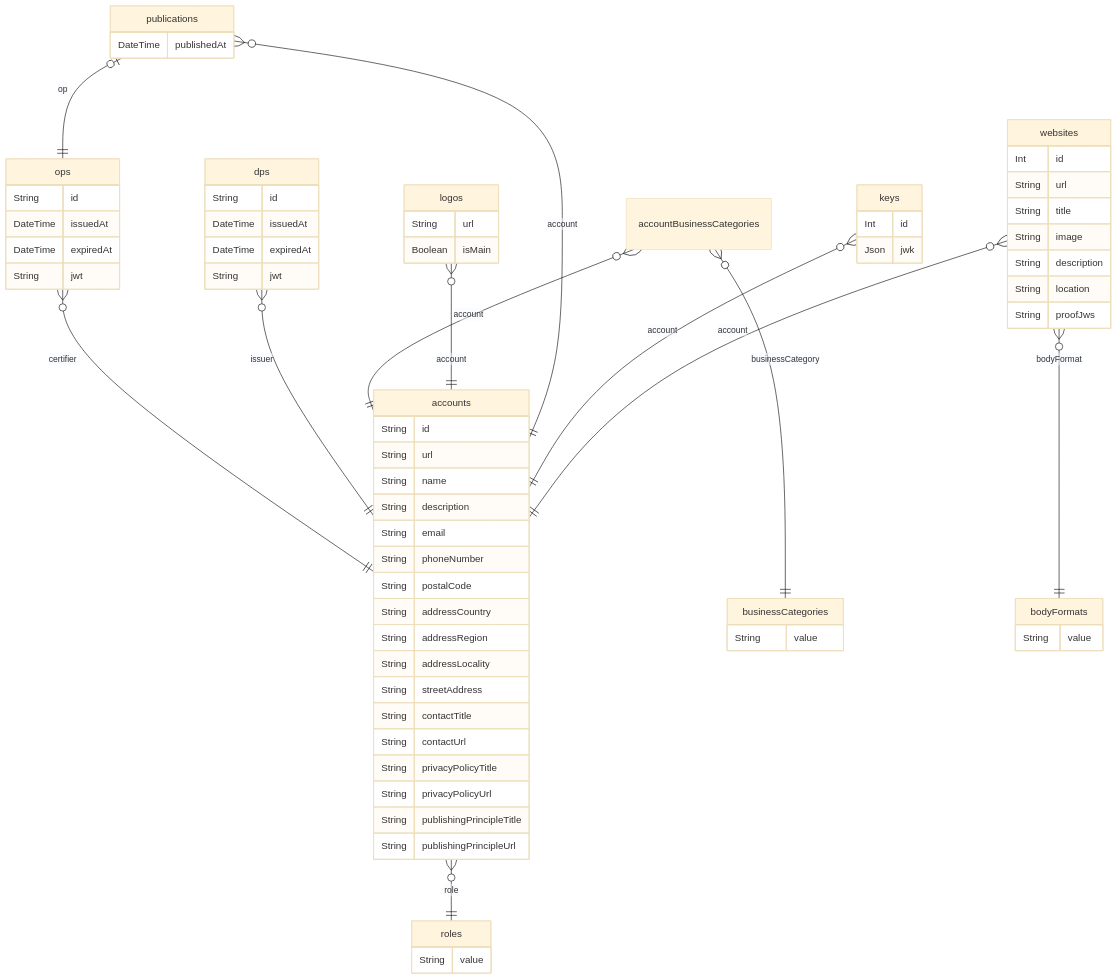
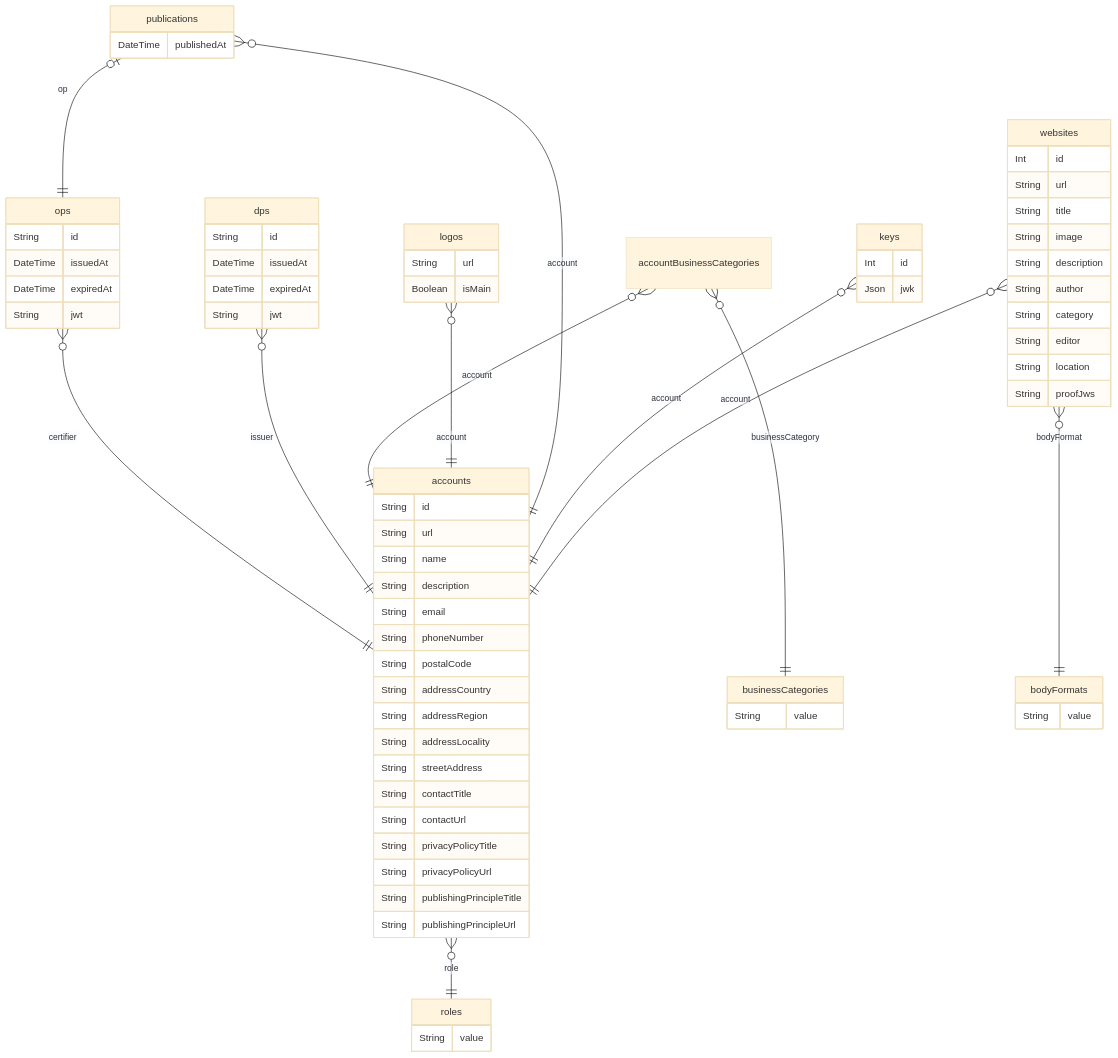
The diagram in docs/registry/assets/erd.md (originator-profile/profile-share), drawn with Mermaid (base theme) before and after one commit. The commit also changed 12 other files, not shown here.

```diff
--- a/docs/registry/assets/erd.md
+++ b/docs/registry/assets/erd.md
@@ -76,6 +76,9 @@
     String title
     String image
     String description
+    String author
+    String category
+    String editor
     String location
     String proofJws
     }
```
